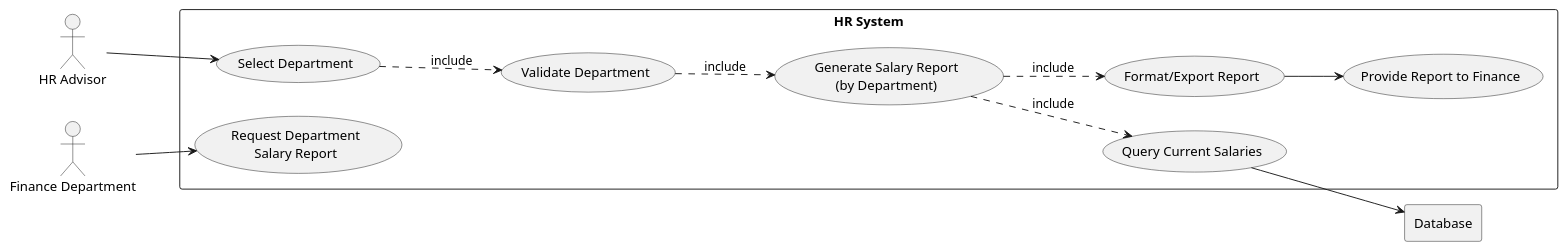
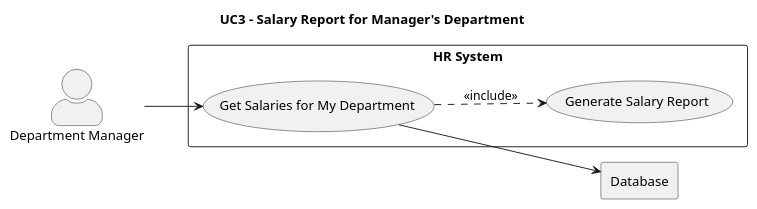
Before and after one commit to DuncanSamson/sem: the diagram in use-cases/use-case-diagram/use-case3-diagram.puml, drawn with PlantUML.

Commit message:
Corrected use-case3 diagram for Department Manager produce salary report

```diff
--- a/use-cases/use-case-diagram/use-case3-diagram.puml
+++ b/use-cases/use-case-diagram/use-case3-diagram.puml
@@ -1,28 +1,16 @@
 @startuml
+title UC3 – Salary Report for Manager's Department
 left to right direction
+skinparam actorStyle awesome
 
-actor "HR Advisor" as HR
-actor "Finance Department" as Finance
-
+actor DM as "Department Manager"
 rectangle Database
-
 rectangle "HR System" {
-  usecase UC2 as "Generate Salary Report\n(by Department)"
-  usecase UC2a as "Select Department"
-  usecase UC2b as "Validate Department"
-  usecase UC2c as "Query Current Salaries"
-  usecase UC2d as "Format/Export Report"
-  usecase UC2e as "Provide Report to Finance"
-
-  HR --> UC2a
-  UC2a ..> UC2b : include
-  UC2b ..> UC2 : include
-  UC2 ..> UC2c : include
-  UC2 ..> UC2d : include
-  UC2d --> UC2e
-  Finance --> (Request Department\nSalary Report)
+  usecase UC3 as "Get Salaries for My Department"
+  usecase UC_Report as "Generate Salary Report"
 }
 
-UC2c --> Database
-
+DM --> UC3
+UC3 ..> UC_Report : <<include>>
+UC3 --> Database
 @enduml
```
